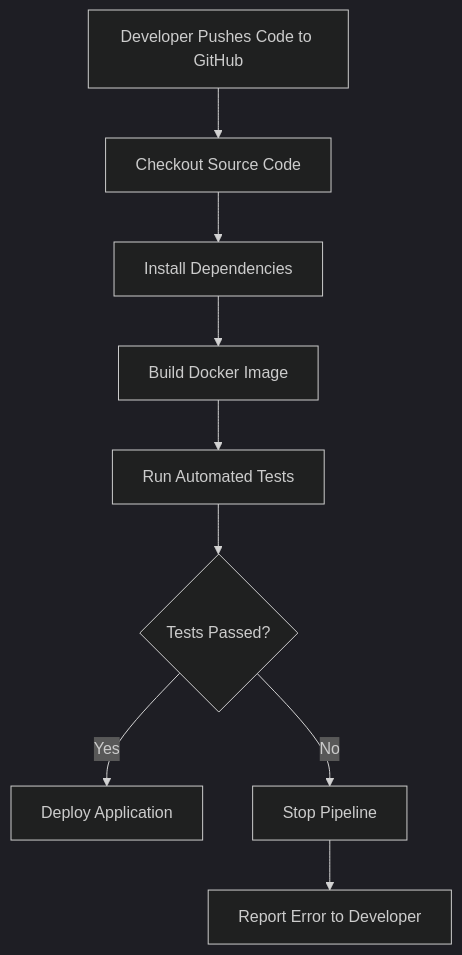
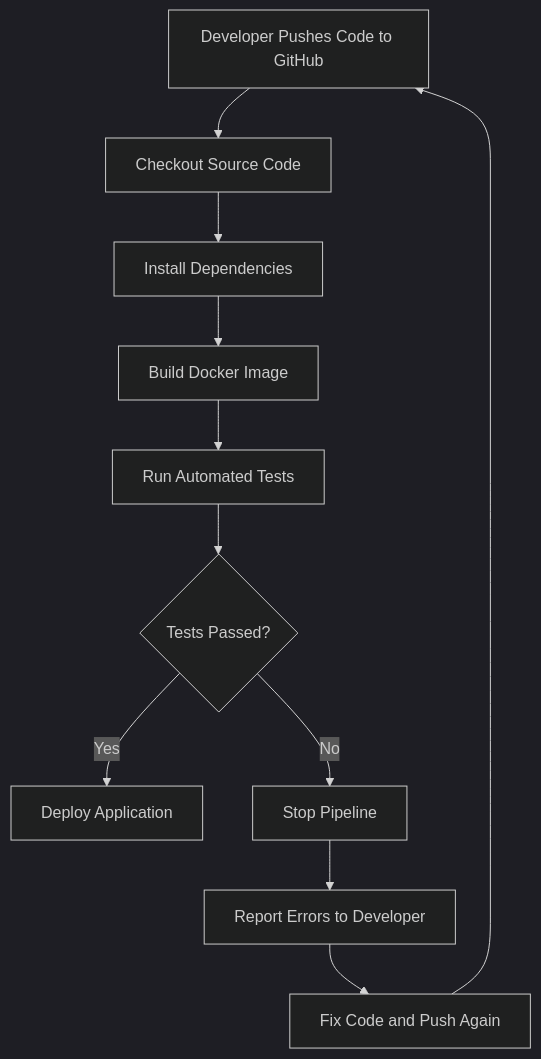
Before and after one commit to mrskianaebrahimi-blip/task-management-api: the diagram in activity-5/CI-CD-Pipeline.md, drawn with Mermaid (dark theme). The commit also changed other lines of this file, not shown here.

````diff
--- a/activity-5/CI-CD-Pipeline.md
+++ b/activity-5/CI-CD-Pipeline.md
@@ -12,11 +13,13 @@
 ```mermaid
 flowchart TD
     A[Developer Pushes Code to GitHub] --> B[Checkout Source Code]
     B --> C[Install Dependencies]
     C --> D[Build Docker Image]
     D --> E[Run Automated Tests]
     E --> F{Tests Passed?}
     F -->|Yes| G[Deploy Application]
     F -->|No| H[Stop Pipeline]
-    H --> I[Report Error to Developer]
+    H --> I[Report Errors to Developer]
+    I --> J[Fix Code and Push Again]
+    J --> A
 ```
````
